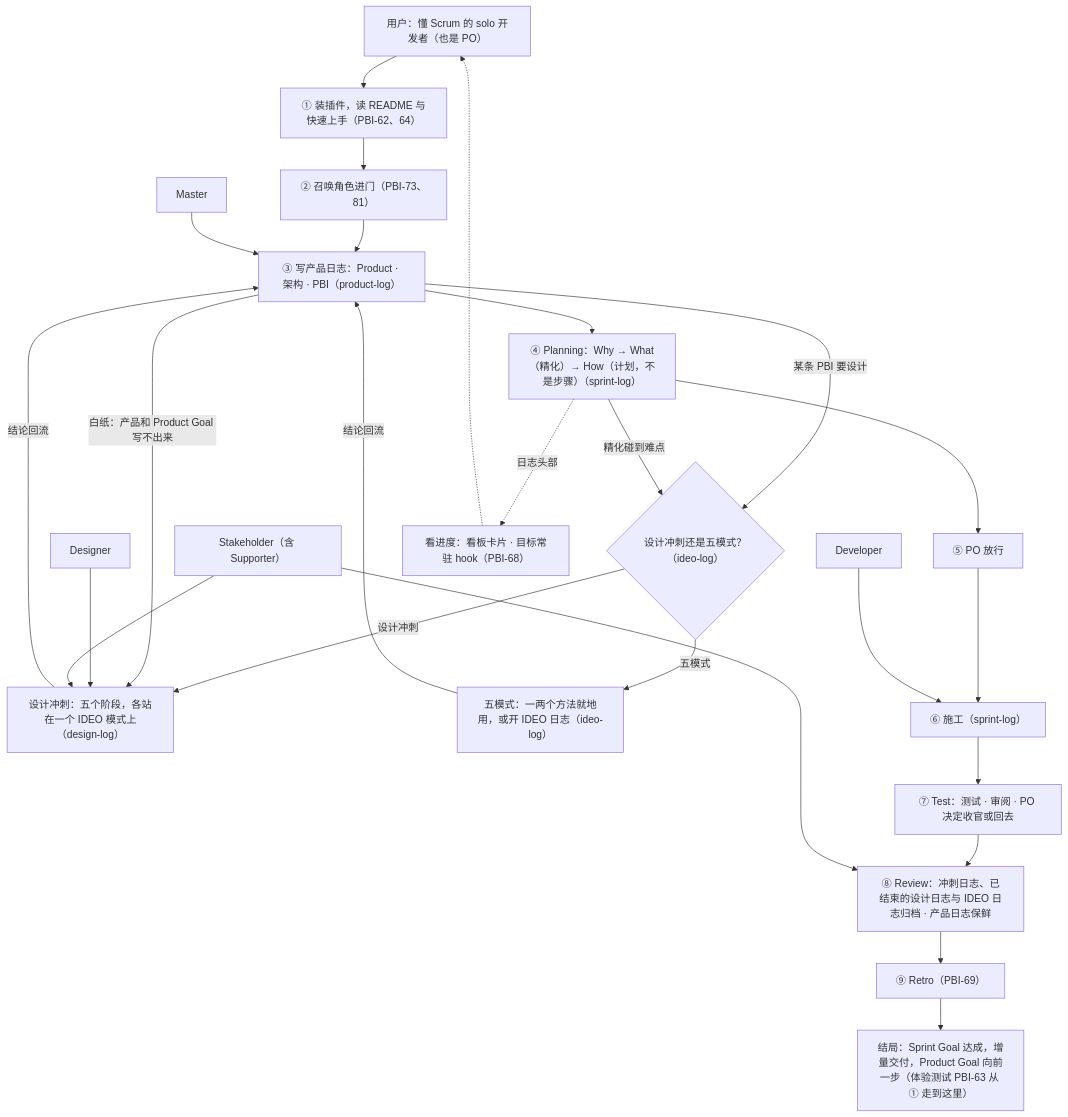
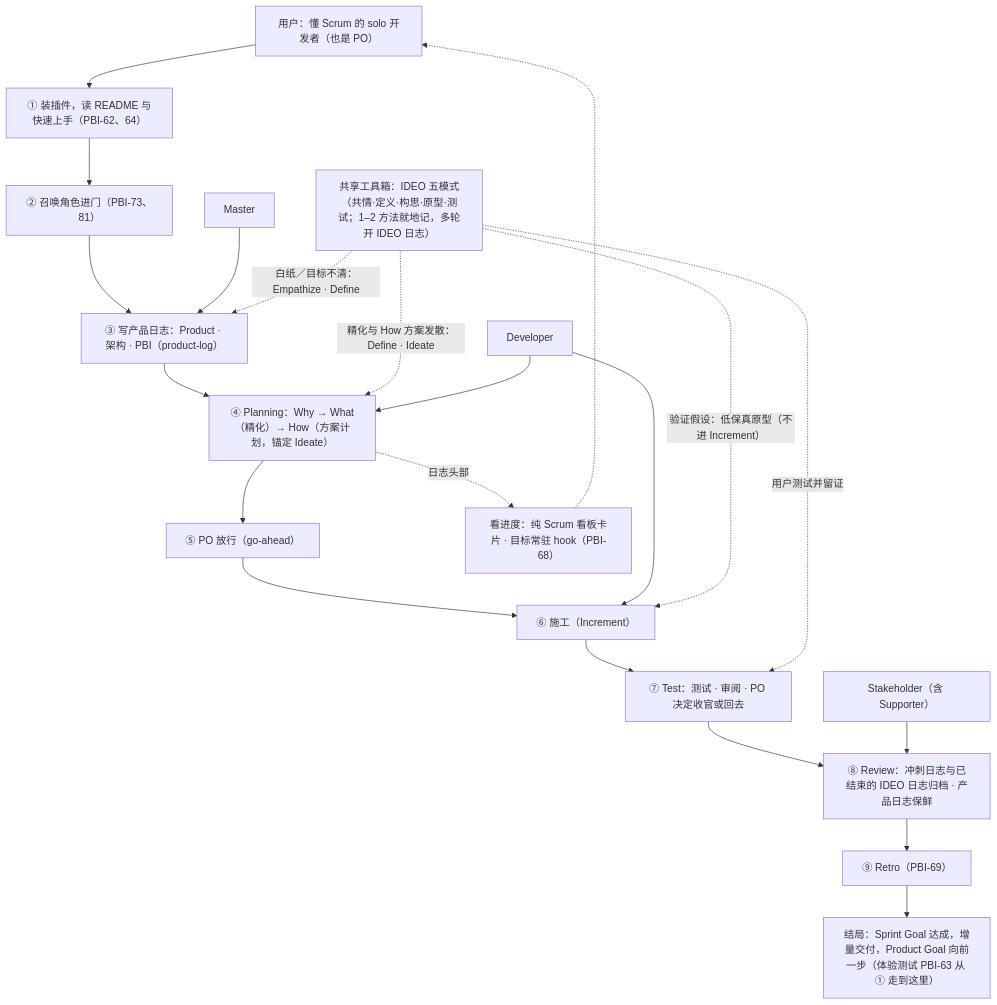
One commit to seapawn1/IDEO-Scrum changed the diagram in scrum/ProductBacklog.md. Above: the diagram before and after it, drawn with Mermaid. The commit also changed other lines of this file and 4 other files, not shown here.

First line of the commit message:
docs(Sprint 28): 收官——日志归档、产品日志保鲜（v0.8.0，关闭 PBI-103/104/105/106）

````diff
--- a/scrum/ProductBacklog.md
+++ b/scrum/ProductBacklog.md
@@ -71,32 +71,28 @@
 ```mermaid
 flowchart TD
     U["用户：懂 Scrum 的 solo 开发者（也是 PO）"]
     M["Master"]
     D["Developer"]
-    G["Designer"]
     S["Stakeholder（含 Supporter）"]
+    IDEO["共享工具箱：IDEO 五模式（共情·定义·构思·原型·测试；1–2 方法就地记，多轮开 IDEO 日志）"]
     U --> A["① 装插件，读 README 与快速上手（PBI-62、64）"]
     A --> A2["② 召唤角色进门（PBI-73、81）"]
     A2 --> B["③ 写产品日志：Product · 架构 · PBI（product-log）"]
     M --> B
-    B --> C["④ Planning：Why → What（精化）→ How（计划，不是步骤）（sprint-log）"]
-    B -- "某条 PBI 要设计" --> X0{"设计冲刺还是五模式？（ideo-log）"}
-    X0 -- "设计冲刺" --> X["设计冲刺：五个阶段，各站在一个 IDEO 模式上（design-log）"]
-    X0 -- "五模式" --> I["五模式：一两个方法就地用，或开 IDEO 日志（ideo-log）"]
-    B -- "白纸：产品和 Product Goal 写不出来" --> X
-    C -- "精化碰到难点" --> X0
-    G --> X
-    S --> X
-    X -- "结论回流" --> B
-    I -- "结论回流" --> B
-    C --> P["⑤ PO 放行"]
-    P --> W["⑥ 施工（sprint-log）"]
+    B --> C["④ Planning：Why → What（精化）→ How（方案计划，锚定 Ideate）"]
+    IDEO -. "白纸／目标不清：Empathize · Define" .-> B
+    IDEO -. "精化与 How 方案发散：Define · Ideate" .-> C
+    C --> P["⑤ PO 放行（go-ahead）"]
+    P --> W["⑥ 施工（Increment）"]
+    D --> C
     D --> W
+    IDEO -. "验证假设：低保真原型（不进 Increment）" .-> W
     W --> R["⑦ Test：测试 · 审阅 · PO 决定收官或回去"]
-    R --> V["⑧ Review：冲刺日志、已结束的设计日志与 IDEO 日志归档 · 产品日志保鲜"]
+    IDEO -. "用户测试并留证" .-> R
+    R --> V["⑧ Review：冲刺日志与已结束的 IDEO 日志归档 · 产品日志保鲜"]
     S --> V
     V --> T["⑨ Retro（PBI-69）"]
     T --> E["结局：Sprint Goal 达成，增量交付，Product Goal 向前一步（体验测试 PBI-63 从 ① 走到这里）"]
-    C -. "日志头部" .-> K["看进度：看板卡片 · 目标常驻 hook（PBI-68）"]
+    C -. "日志头部" .-> K["看进度：纯 Scrum 看板卡片 · 目标常驻 hook（PBI-68）"]
     K -.-> U
 ```
````
